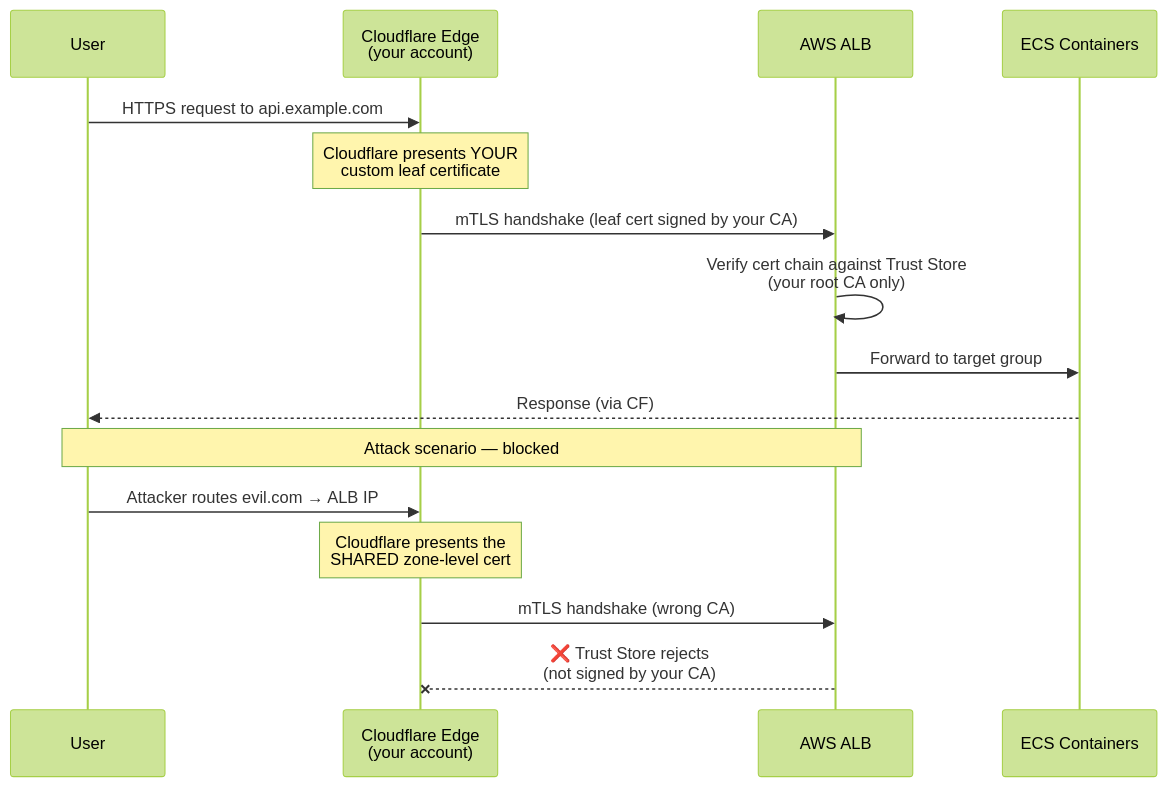
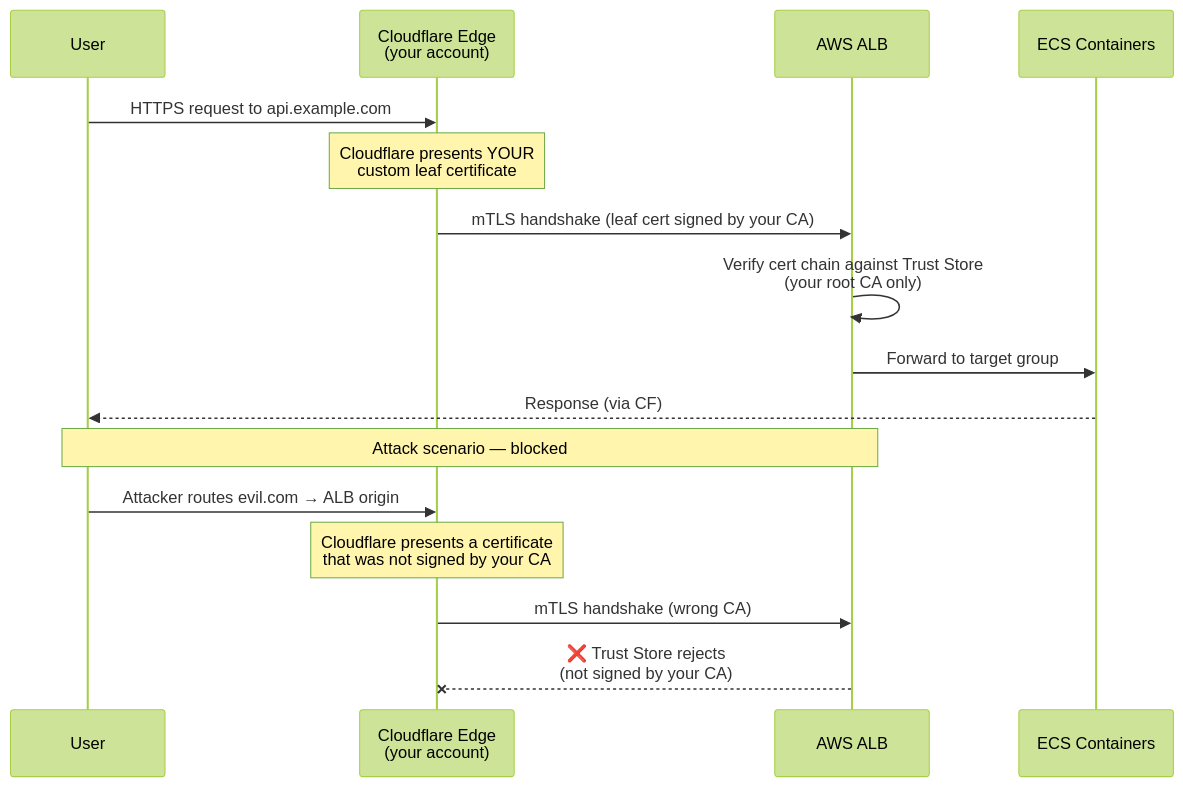
Before and after one commit to dbl-works/terraform: the diagram in aws/alb-mtls/README.md, drawn with Mermaid (forest theme). The commit also changed other lines of this file and 22 other files, not shown here.

````diff
--- a/aws/alb-mtls/README.md
+++ b/aws/alb-mtls/README.md
@@ -25,20 +71,20 @@
 ```mermaid
 sequenceDiagram
     participant User
     participant CF as Cloudflare Edge<br/>(your account)
     participant ALB as AWS ALB
     participant ECS as ECS Containers
 
     User->>CF: HTTPS request to api.example.com
     Note over CF: Cloudflare presents YOUR<br/>custom leaf certificate
     CF->>ALB: mTLS handshake (leaf cert signed by your CA)
     ALB->>ALB: Verify cert chain against Trust Store<br/>(your root CA only)
     ALB->>ECS: Forward to target group
     ECS-->>User: Response (via CF)
 
     Note over User,ALB: Attack scenario — blocked
-    User->>CF: Attacker routes evil.com → ALB IP
-    Note over CF: Cloudflare presents the<br/>SHARED zone-level cert
+    User->>CF: Attacker routes evil.com → ALB origin
+    Note over CF: Cloudflare presents a certificate<br/>that was not signed by your CA
     CF->>ALB: mTLS handshake (wrong CA)
     ALB--xCF: ❌ Trust Store rejects<br/>(not signed by your CA)
 ```
````
